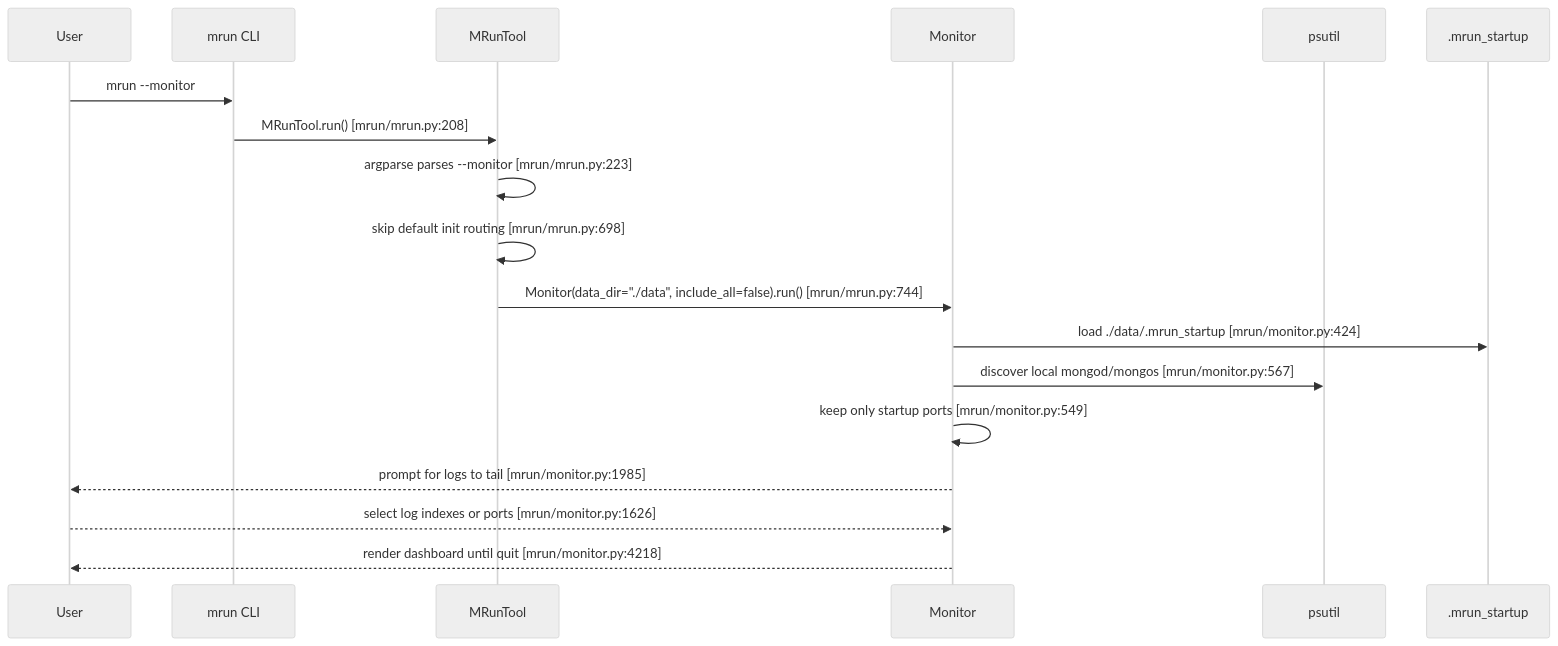
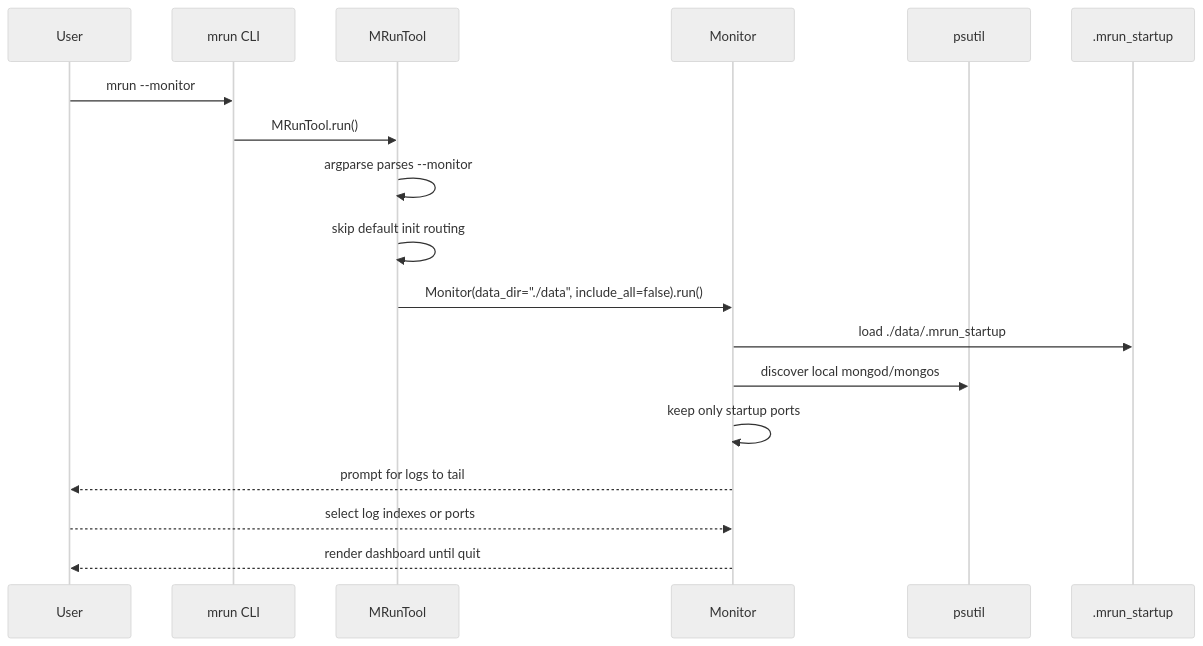
One commit to mongodb/mlaunch changed the first of 12 diagrams in doc/feature-monitor-guide.md. Above: the diagram before and after it, drawn with Mermaid (neutral theme). The commit also changed other lines of this file and 5 other files, not shown here.

Commit message:
Add interactive mrun monitor improvements

````diff
--- a/doc/feature-monitor-guide.md
+++ b/doc/feature-monitor-guide.md
@@ -190,21 +170,21 @@
 ```mermaid
 sequenceDiagram
     participant User
     participant CLI as mrun CLI
     participant Tool as MRunTool
     participant Monitor as Monitor
     participant PS as psutil
     participant FS as .mrun_startup
 
     User->>CLI: mrun --monitor
-    CLI->>Tool: MRunTool.run() [mrun/mrun.py:208]
-    Tool->>Tool: argparse parses --monitor [mrun/mrun.py:223]
-    Tool->>Tool: skip default init routing [mrun/mrun.py:698]
-    Tool->>Monitor: Monitor(data_dir="./data", include_all=false).run() [mrun/mrun.py:744]
-    Monitor->>FS: load ./data/.mrun_startup [mrun/monitor.py:424]
-    Monitor->>PS: discover local mongod/mongos [mrun/monitor.py:567]
-    Monitor->>Monitor: keep only startup ports [mrun/monitor.py:549]
-    Monitor-->>User: prompt for logs to tail [mrun/monitor.py:1985]
-    User-->>Monitor: select log indexes or ports [mrun/monitor.py:1626]
-    Monitor-->>User: render dashboard until quit [mrun/monitor.py:4218]
+    CLI->>Tool: MRunTool.run()
+    Tool->>Tool: argparse parses --monitor
+    Tool->>Tool: skip default init routing
+    Tool->>Monitor: Monitor(data_dir="./data", include_all=false).run()
+    Monitor->>FS: load ./data/.mrun_startup
+    Monitor->>PS: discover local mongod/mongos
+    Monitor->>Monitor: keep only startup ports
+    Monitor-->>User: prompt for logs to tail
+    User-->>Monitor: select log indexes or ports
+    Monitor-->>User: render dashboard until quit
 ```
````
